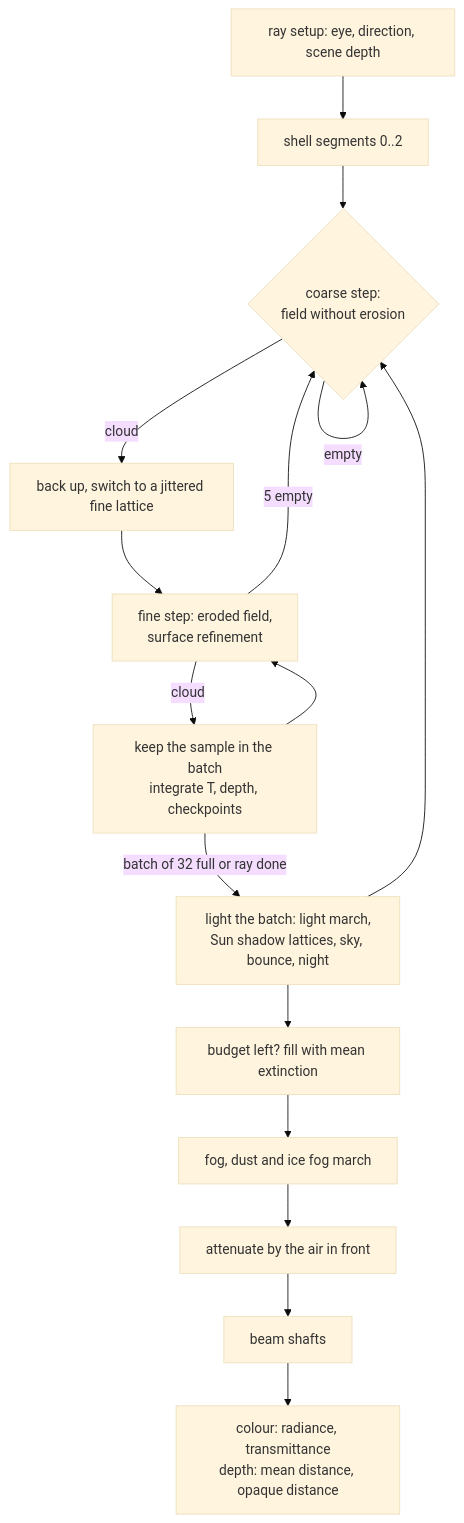
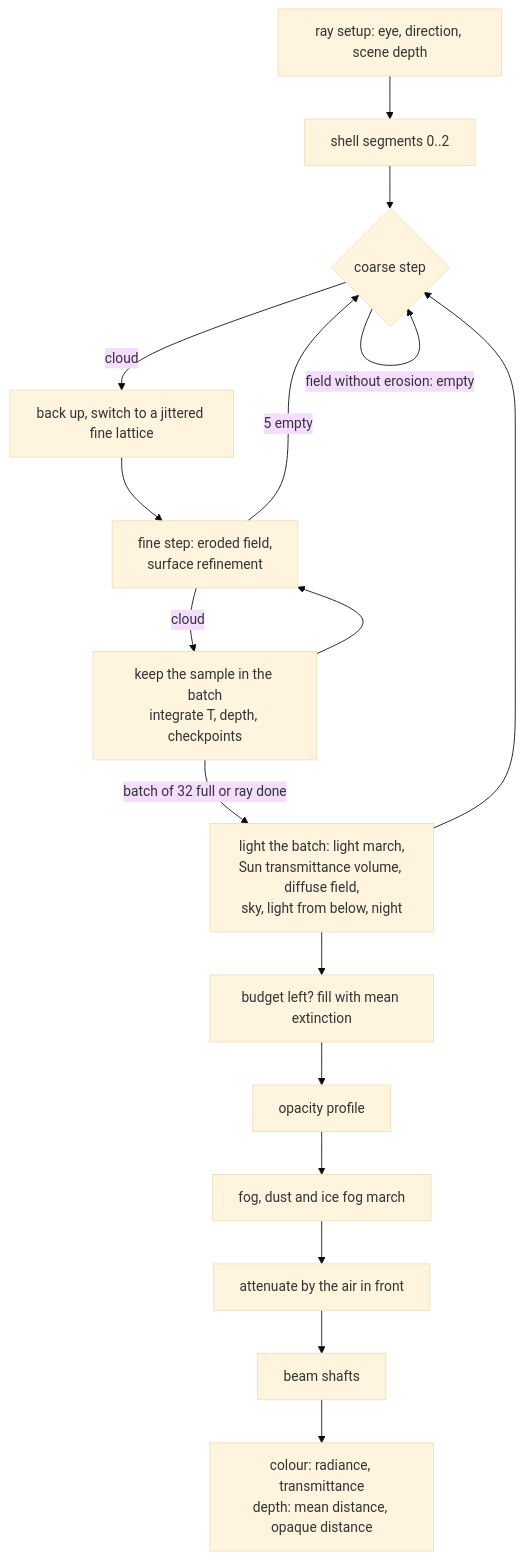
Before and after one commit to largepizza/SAT_LIGHT_SIM: the diagram in wiki/rendering/clouds/march.md, drawn with Mermaid (base theme). The commit also changed other lines of this file and 4 other files, not shown here.

Commit message:
wiki: clouds pages: Sun transmittance volume, multiple scattering, full-res grid, storms in the cloud field

````diff
--- a/wiki/rendering/clouds/march.md
+++ b/wiki/rendering/clouds/march.md
@@ -12,18 +13,20 @@
 ```mermaid
 flowchart TD
   S[ray setup: eye, direction, scene depth] --> SEG[shell segments 0..2]
-  SEG --> C{coarse step:<br/>field without erosion}
-  C -- empty --> C
+  SEG --> C{coarse step}
+  C -- clipmap: known empty --> C
+  C -- field without erosion: empty --> C
   C -- cloud --> BK[back up, switch to a jittered fine lattice]
   BK --> F[fine step: eroded field,<br/>surface refinement]
   F -- cloud --> KEEP[keep the sample in the batch<br/>integrate T, depth, checkpoints]
   KEEP --> F
   F -- 5 empty --> C
-  KEEP -- batch of 32 full or ray done --> LT[light the batch: light march,<br/>Sun shadow lattices, sky, bounce, night]
+  KEEP -- batch of 32 full or ray done --> LT[light the batch: light march,<br/>Sun transmittance volume, diffuse field,<br/>sky, light from below, night]
   LT --> C
   LT --> FILL[budget left? fill with mean extinction]
-  FILL --> FOG[fog, dust and ice fog march]
+  FILL --> PROF[opacity profile]
+  PROF --> FOG[fog, dust and ice fog march]
   FOG --> ATT[attenuate by the air in front]
   ATT --> SH[beam shafts]
   SH --> OUT[colour: radiance, transmittance<br/>depth: mean distance, opaque distance]
 ```
````
